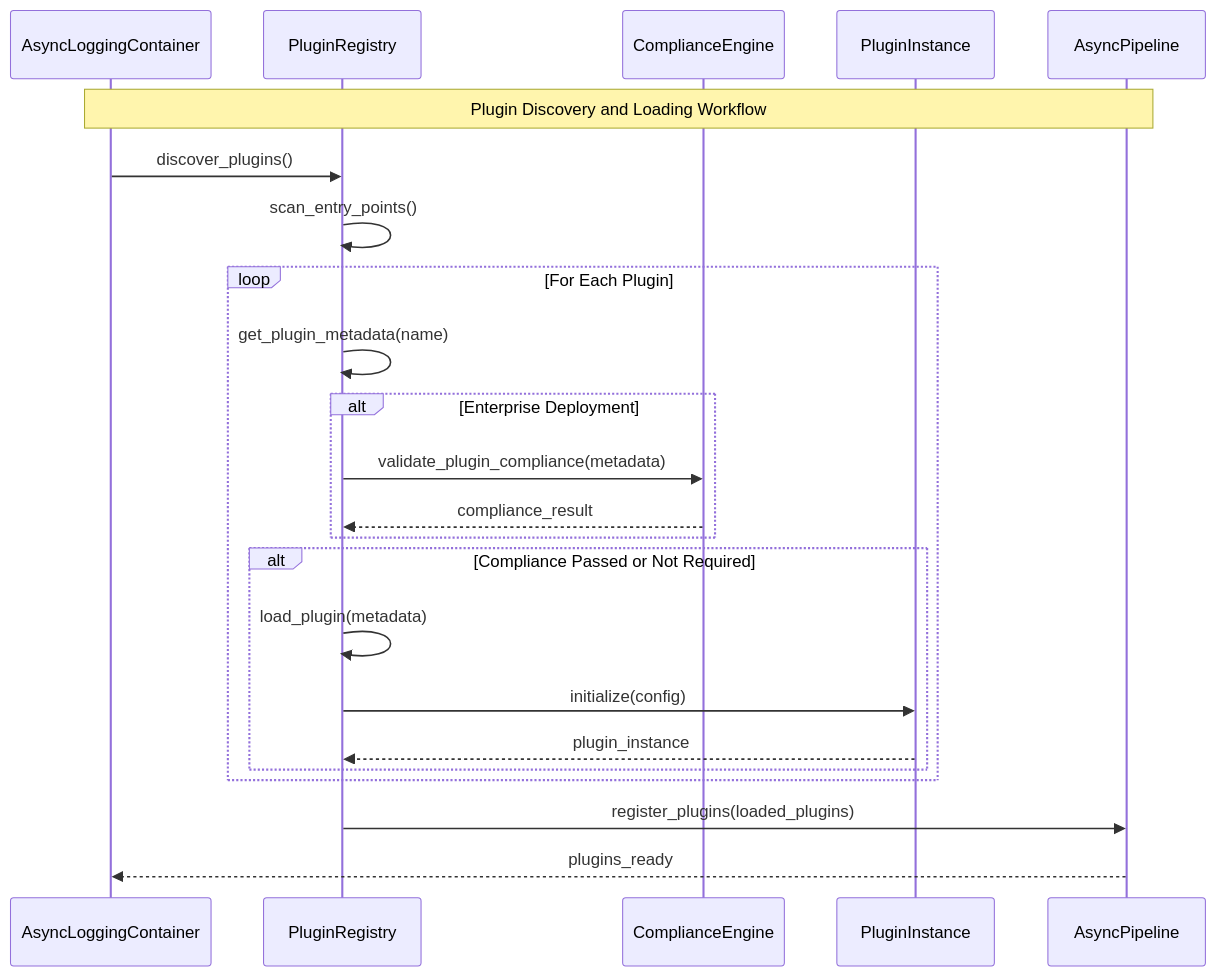
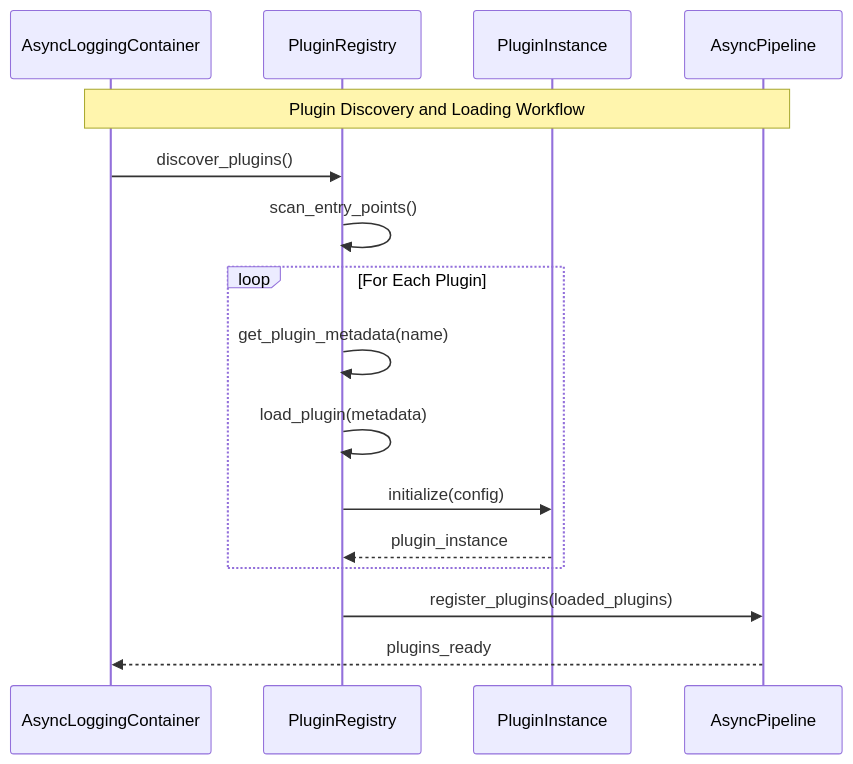
Before and after one commit to chris-haste/fapilog: the second of 4 diagrams in docs/architecture/core-workflows.md, drawn with Mermaid. The commit also changed other lines of this file and 7 other files, not shown here.

First line of the commit message:
docs(architecture): remove stale component references

````diff
--- a/docs/architecture/core-workflows.md
+++ b/docs/architecture/core-workflows.md
@@ -55,31 +53,22 @@
 ```mermaid
 sequenceDiagram
     participant Container as AsyncLoggingContainer
     participant Registry as PluginRegistry
-    participant Compliance as ComplianceEngine
     participant Plugin as PluginInstance
     participant Pipeline as AsyncPipeline
 
     Note over Container, Pipeline: Plugin Discovery and Loading Workflow
 
     Container->>Registry: discover_plugins()
     Registry->>Registry: scan_entry_points()
 
     loop For Each Plugin
         Registry->>Registry: get_plugin_metadata(name)
-
-        alt Enterprise Deployment
-            Registry->>Compliance: validate_plugin_compliance(metadata)
-            Compliance-->>Registry: compliance_result
-        end
-
-        alt Compliance Passed or Not Required
-            Registry->>Registry: load_plugin(metadata)
-            Registry->>Plugin: initialize(config)
-            Plugin-->>Registry: plugin_instance
-        end
+        Registry->>Registry: load_plugin(metadata)
+        Registry->>Plugin: initialize(config)
+        Plugin-->>Registry: plugin_instance
     end
 
     Registry->>Pipeline: register_plugins(loaded_plugins)
     Pipeline-->>Container: plugins_ready
 ```
````
